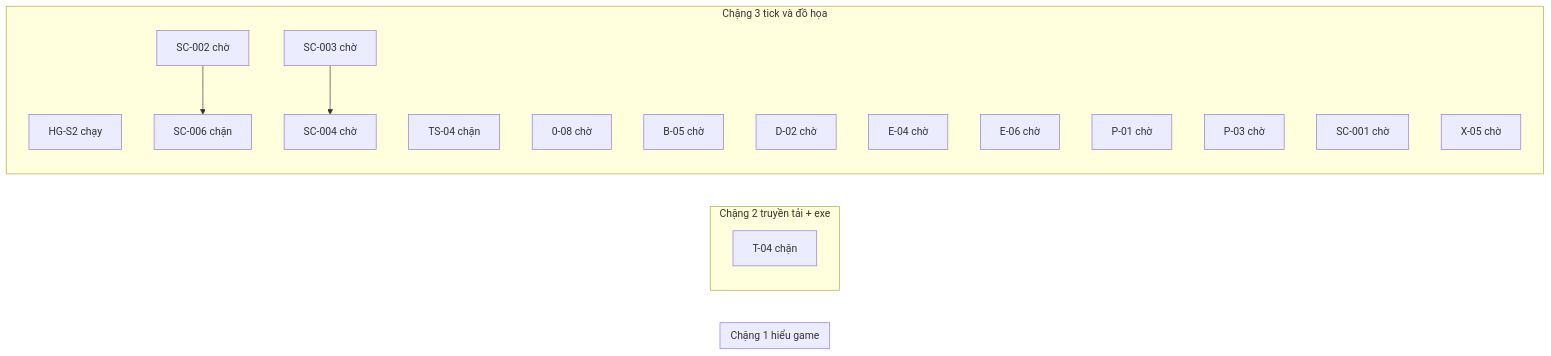
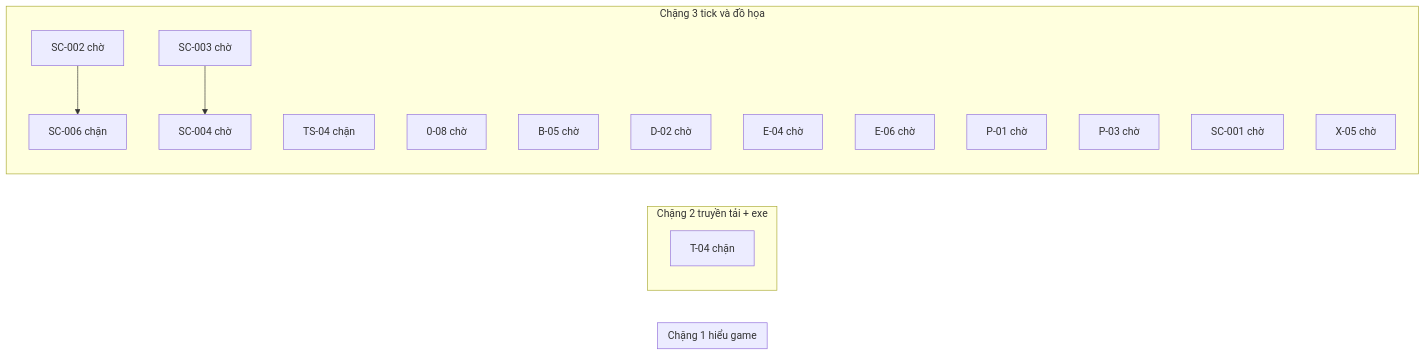
The diagram in JX1_OPS/STATE/TIEN-DO.md (ndtangoss-dev/jx1-reports), drawn with Mermaid before and after one commit. The commit also changed other lines of this file and 3 other files, not shown here.

````diff
--- a/JX1_OPS/STATE/TIEN-DO.md
+++ b/JX1_OPS/STATE/TIEN-DO.md
@@ -9,27 +9,26 @@
 ```mermaid
 flowchart LR
   subgraph S1["Chặng 1 hiểu game"]
   end
   subgraph S2["Chặng 2 truyền tải + exe"]
     T_04["T-04 chặn"]
   end
   subgraph S3["Chặng 3 tick và đồ họa"]
-    HG_S2["HG-S2 chạy"]
     SC_006["SC-006 chặn"]
     TS_04["TS-04 chặn"]
     0_08["0-08 chờ"]
     B_05["B-05 chờ"]
     D_02["D-02 chờ"]
     E_04["E-04 chờ"]
     E_06["E-06 chờ"]
     P_01["P-01 chờ"]
     P_03["P-03 chờ"]
     SC_001["SC-001 chờ"]
     SC_002["SC-002 chờ"]
     SC_003["SC-003 chờ"]
     SC_004["SC-004 chờ"]
     X_05["X-05 chờ"]
   end
   SC_002 --> SC_006
   SC_003 --> SC_004
 ```
````
